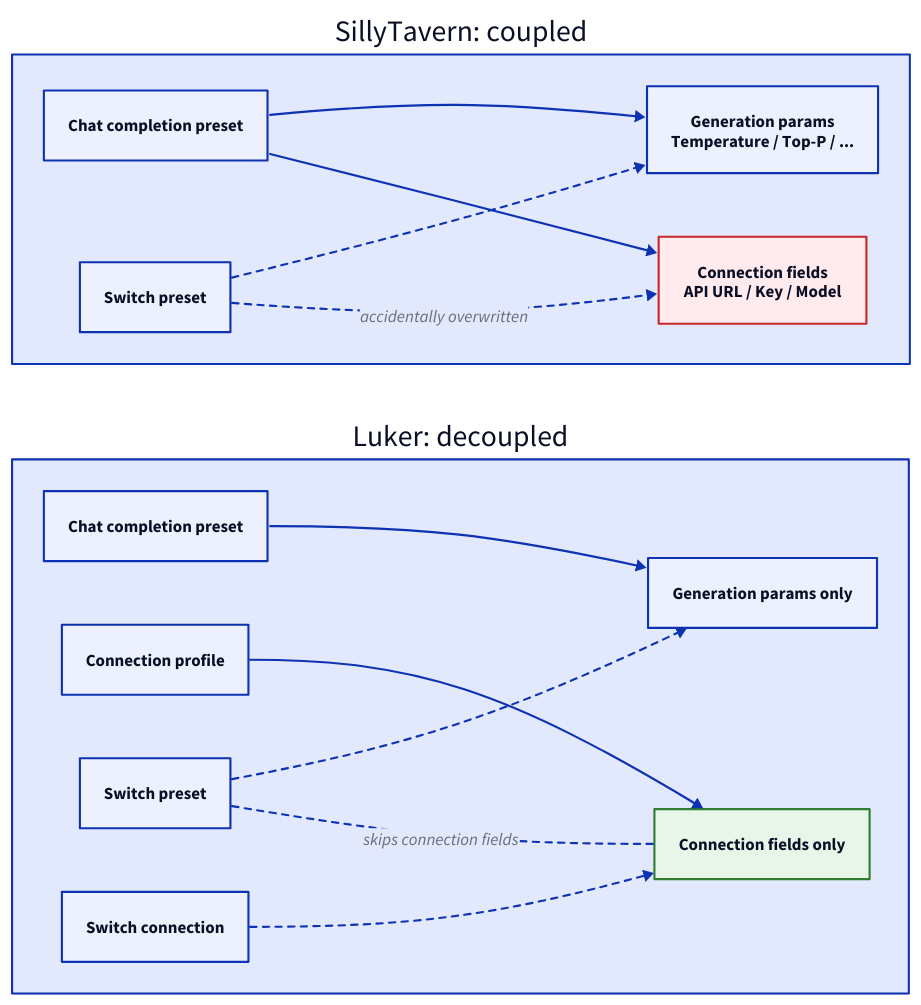
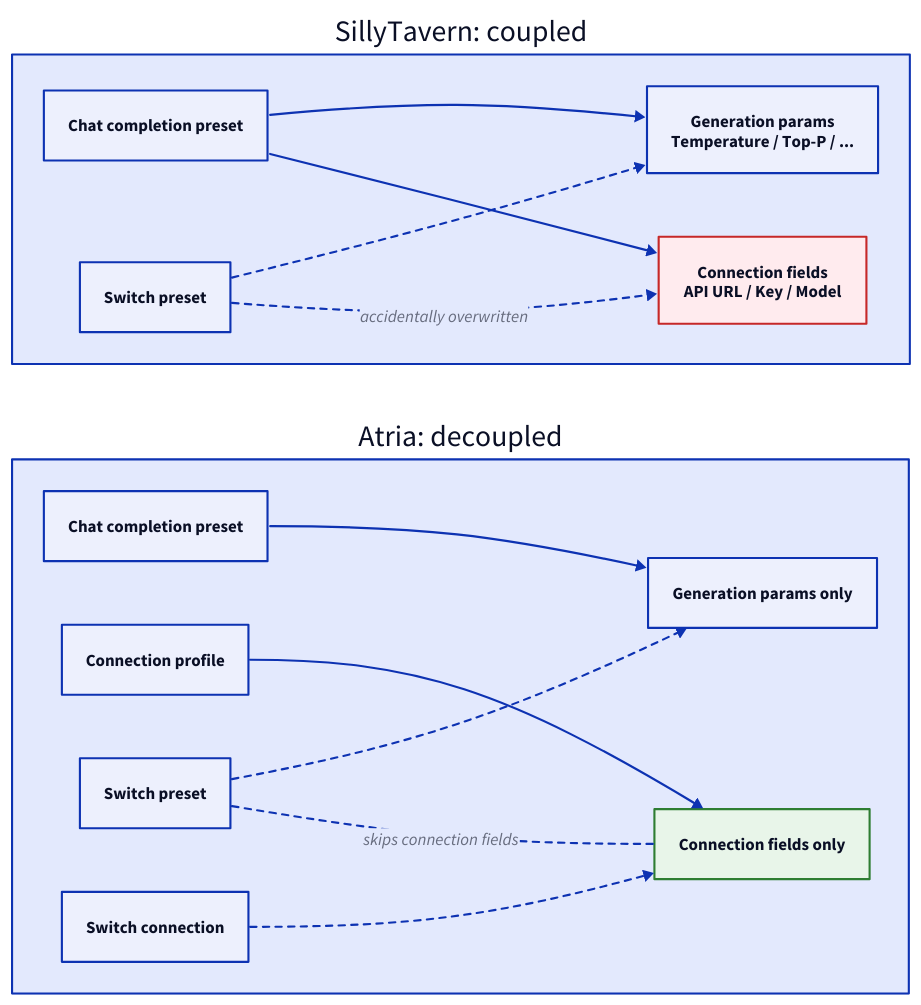
Before and after one commit to ZZZdragondYNGPHX/Atria: the diagram in docs/improvements/preset-decoupling.md, drawn with D2. The commit also changed other lines of this file and 1235 other files, not shown here.

````diff
--- a/docs/improvements/preset-decoupling.md
+++ b/docs/improvements/preset-decoupling.md
@@ -27,36 +27,36 @@
 ```d2
 direction: right
 
 ST: "SillyTavern: coupled" {
   ST_PRESET: "Chat completion preset"
   ST_GEN: "Generation params\nTemperature / Top-P / ..."
   ST_CONN: "Connection fields\nAPI URL / Key / Model" {
     style.fill: "#ffebee"
     style.stroke: "#c62828"
   }
   SWITCH1: "Switch preset"
 
   ST_PRESET -> ST_GEN
   ST_PRESET -> ST_CONN
   SWITCH1 -> ST_GEN: {style.stroke-dash: 3}
   SWITCH1 -> ST_CONN: "accidentally overwritten" {style.stroke-dash: 3}
 }
 
-LK: "Luker: decoupled" {
+LK: "Atria: decoupled" {
   LK_PRESET: "Chat completion preset"
   LK_CONN: "Connection profile"
   LK_GEN: "Generation params only"
   LK_CONN_F: "Connection fields only" {
     style.fill: "#e8f5e9"
     style.stroke: "#2e7d32"
   }
   SWITCH2: "Switch preset"
   SWITCH3: "Switch connection"
 
   LK_PRESET -> LK_GEN
   LK_CONN -> LK_CONN_F
   SWITCH2 -> LK_GEN: {style.stroke-dash: 3}
   SWITCH3 -> LK_CONN_F: {style.stroke-dash: 3}
   SWITCH2 -- LK_CONN_F: "skips connection fields" {style.stroke-dash: 3}
 }
 ```
````
